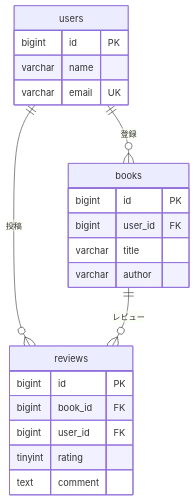
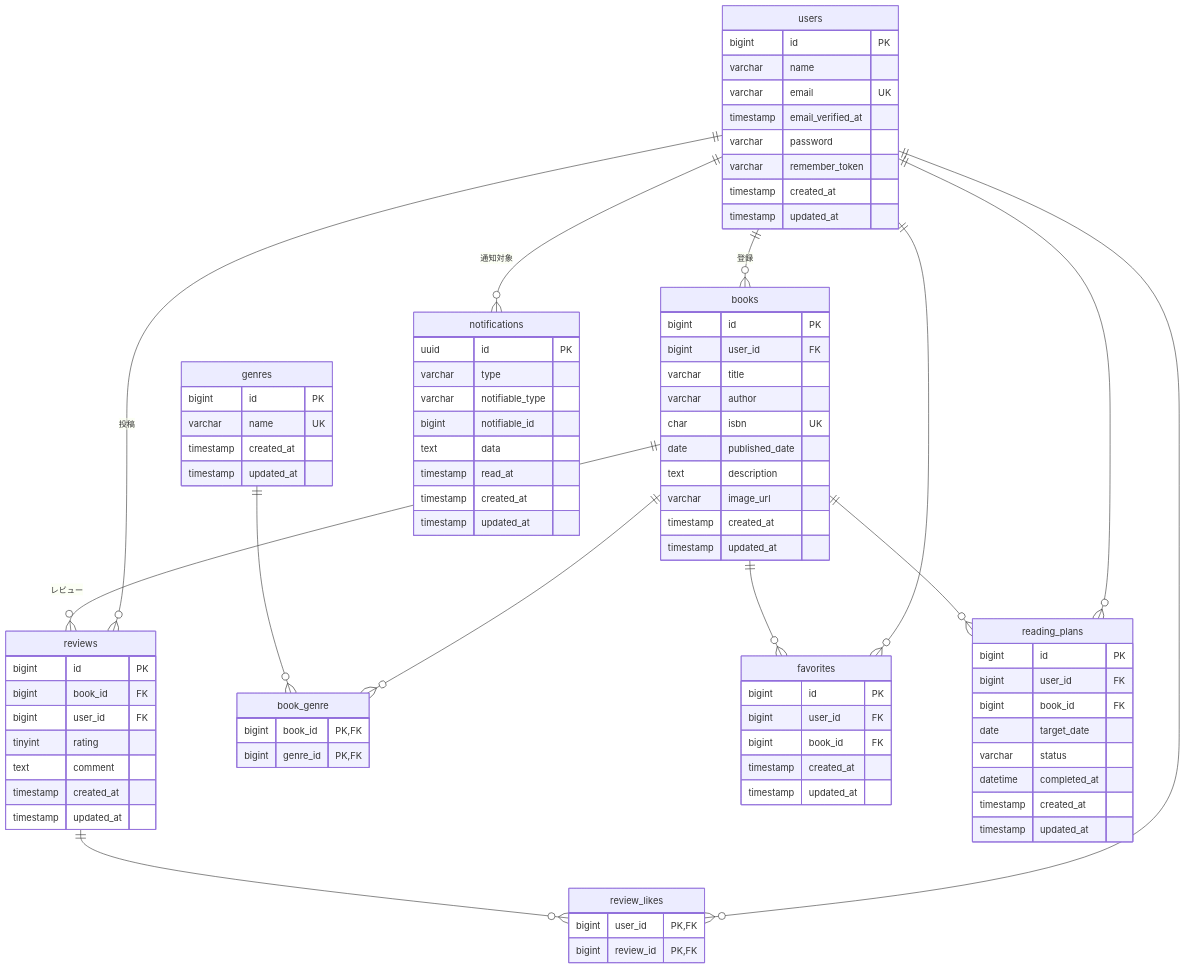
The diagram in README.md (mitoyuu/bookshelf-app), drawn with Mermaid before and after one commit. The commit also changed other lines of this file and 3 other files, not shown here.

````diff
--- a/README.md
+++ b/README.md
@@ -5,11 +185,32 @@
     users ||--o{ books : "登録"
     users ||--o{ reviews : "投稿"
     books ||--o{ reviews : "レビュー"
+    books ||--o{ book_genre : ""
+    genres ||--o{ book_genre : ""
+    users ||--o{ favorites : ""
+    books ||--o{ favorites : ""
+    users ||--o{ review_likes : ""
+    reviews ||--o{ review_likes : ""
+    users ||--o{ reading_plans : ""
+    books ||--o{ reading_plans : ""
+    users ||--o{ notifications : "通知対象"
 
     users {
         bigint id PK
         varchar name
         varchar email UK
+        timestamp email_verified_at
+        varchar password
+        varchar remember_token
+        timestamp created_at
+        timestamp updated_at
+    }
+
+    genres {
+        bigint id PK
+        varchar name UK
+        timestamp created_at
+        timestamp updated_at
     }
 
     books {
@@ -17,6 +218,17 @@
         bigint user_id FK
         varchar title
         varchar author
+        char isbn UK
+        date published_date
+        text description
+        varchar image_url
+        timestamp created_at
+        timestamp updated_at
+    }
+
+    book_genre {
+        bigint book_id PK,FK
+        bigint genre_id PK,FK
     }
 
     reviews {
@@ -25,5 +237,42 @@
         bigint user_id FK
         tinyint rating
         text comment
+        timestamp created_at
+        timestamp updated_at
+    }
+
+    favorites {
+        bigint id PK
+        bigint user_id FK
+        bigint book_id FK
+        timestamp created_at
+        timestamp updated_at
+    }
+
+    review_likes {
+        bigint user_id PK,FK
+        bigint review_id PK,FK
+    }
+
+    reading_plans {
+        bigint id PK
+        bigint user_id FK
+        bigint book_id FK
+        date target_date
+        varchar status
+        datetime completed_at
+        timestamp created_at
+        timestamp updated_at
+    }
+
+    notifications {
+        uuid id PK
+        varchar type
+        varchar notifiable_type
+        bigint notifiable_id
+        text data
+        timestamp read_at
+        timestamp created_at
+        timestamp updated_at
     }
 ```
````
